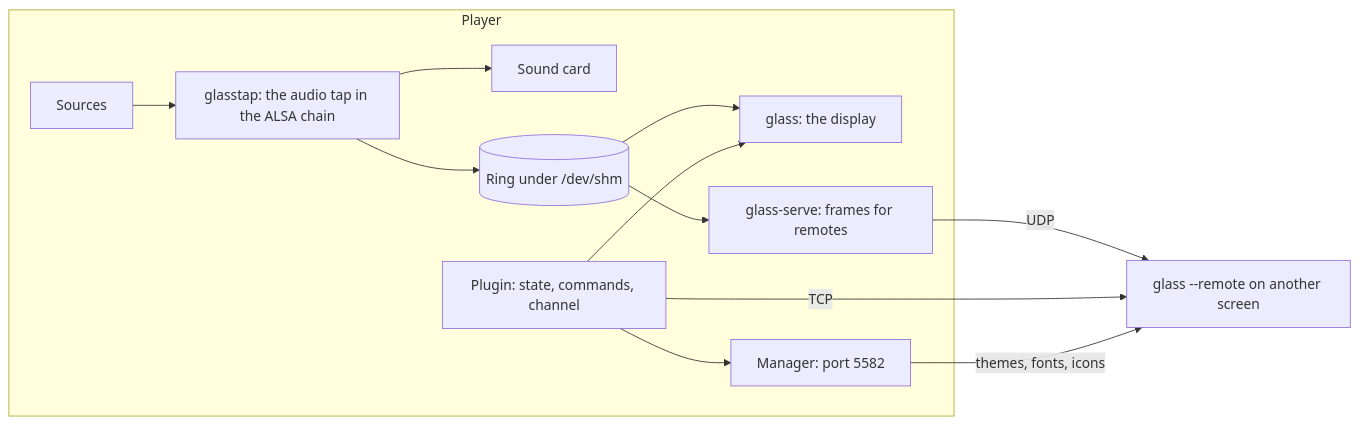
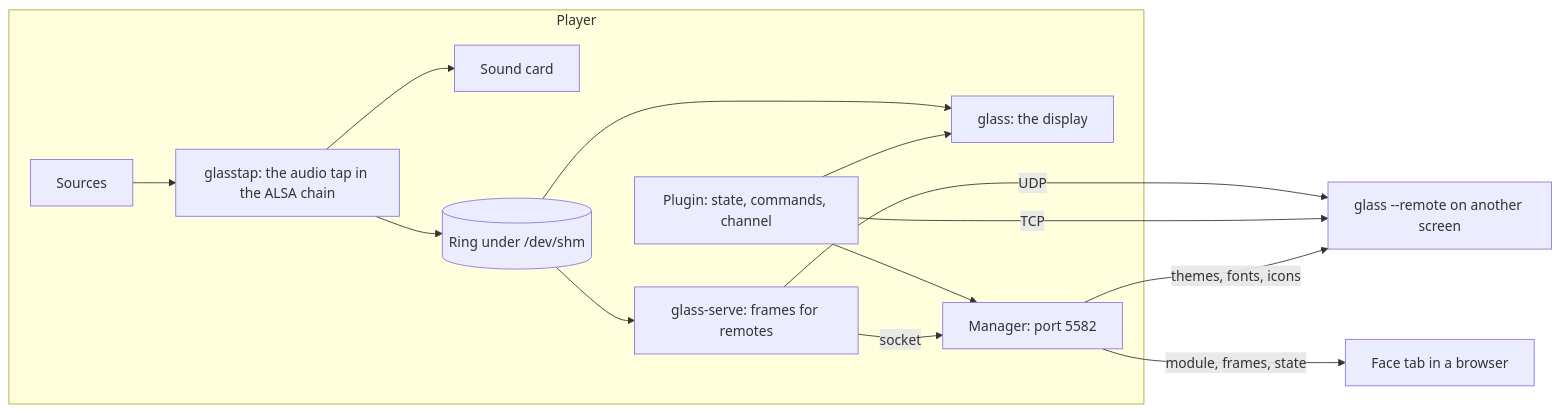
The diagram in README.md (foonerd/glass), drawn with Mermaid before and after one commit. The commit also changed other lines of this file and 32 other files, not shown here.

````diff
--- a/README.md
+++ b/README.md
@@ -26,15 +26,17 @@
 ```mermaid
 flowchart LR
     subgraph Player
         S[Sources] --> T[glasstap: the audio tap in the ALSA chain]
         T --> H[Sound card]
         T --> R[(Ring under /dev/shm)]
         R --> G[glass: the display]
         R --> D[glass-serve: frames for remotes]
         P[Plugin: state, commands, channel] --> G
         P --> M[Manager: port 5582]
     end
     D -- UDP --> X[glass --remote on another screen]
     P -- TCP --> X
     M -- themes, fonts, icons --> X
+    D -- socket --> M
+    M -- module, frames, state --> F[Face tab in a browser]
 ```
````
